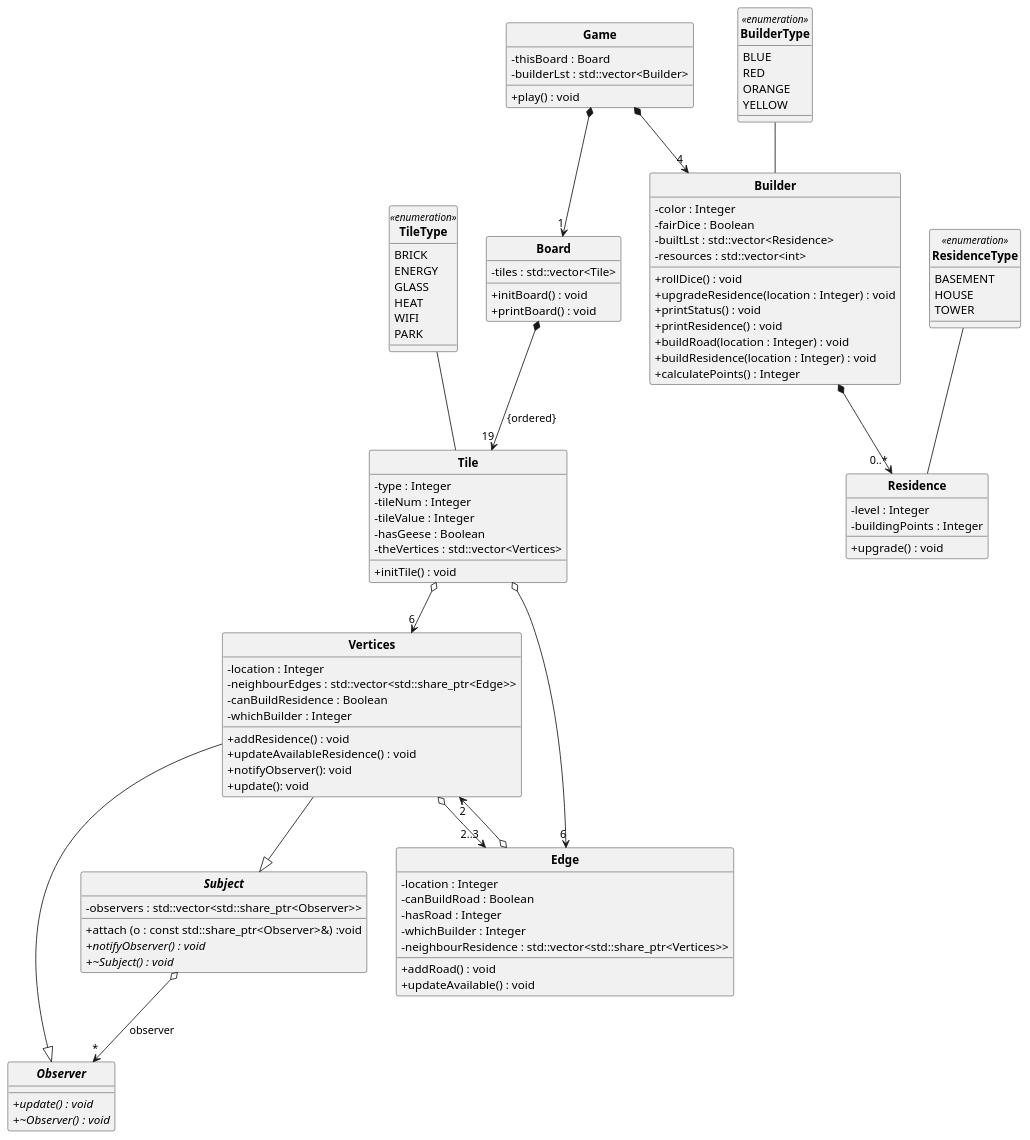
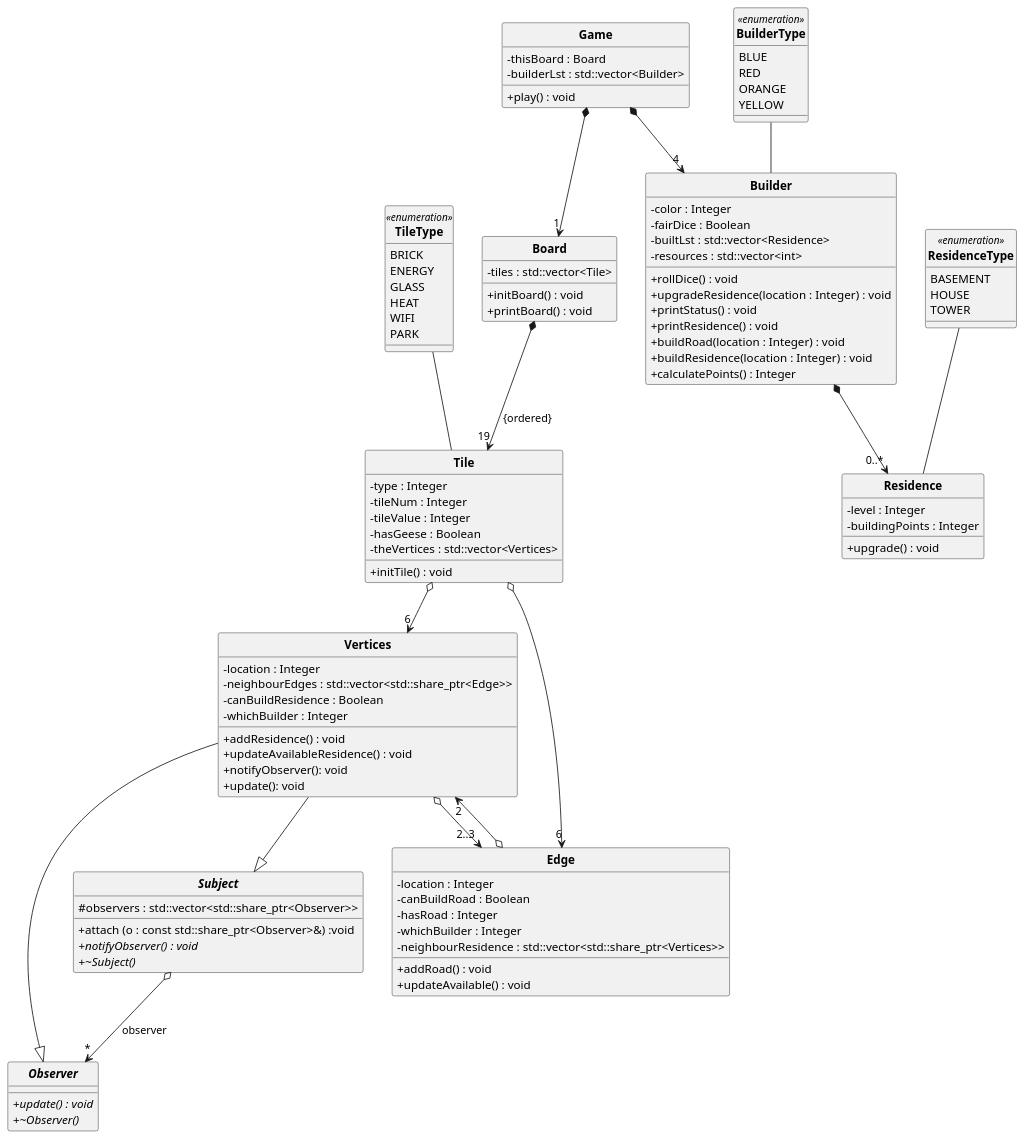
The diagram in UML.wsd (Charles-Shang/constructor), drawn with PlantUML before and after one commit. The commit also changed 6 other files, not shown here.

Commit message:
update uml

```diff
--- a/UML.wsd
+++ b/UML.wsd
@@ -1,117 +1,117 @@
 @startuml CS246 Final Project UML ddl#1
 skinparam style strictuml
 skinparam SequenceMessageAlignment center
 skinparam classAttributeIconSize 0
 
 class "**Board**"  {
     -tiles : std::vector<Tile>
     +initBoard() : void 
     +printBoard() : void 
 } 
 
 enum "**TileType**" << enumeration >> {
     BRICK 
     ENERGY 
     GLASS 
     HEAT 
     WIFI 
     PARK
 }
 
 class "**Tile**" {
     - type : Integer
     - tileNum : Integer
     - tileValue : Integer
     - hasGeese : Boolean
     - theVertices : std::vector<Vertices>
     + initTile() : void
 } 
 
 abstract class "**Observer**" {
     + {abstract} update() : void
-    + {abstract} ~Observer() : void
+    + {abstract} ~Observer() 
 }
 
 abstract class "**Subject**" {
-    - observers : std::vector<std::share_ptr<Observer>>
+    # observers : std::vector<std::share_ptr<Observer>>
     + attach (o : const std::share_ptr<Observer>&) :void
     + {abstract} notifyObserver() : void
-    + {abstract} ~Subject() : void
+    + {abstract} ~Subject()
 }
 
 class "**Vertices**" {
     - location : Integer
     - neighbourEdges : std::vector<std::share_ptr<Edge>> 
     - canBuildResidence : Boolean
     - whichBuilder : Integer
     + addResidence() : void 
     + updateAvailableResidence() : void
     + notifyObserver(): void
     + update(): void
 }
 
 class "**Edge**" {
     - location : Integer 
     - canBuildRoad : Boolean
     - hasRoad : Integer 
     - whichBuilder : Integer 
     - neighbourResidence : std::vector<std::share_ptr<Vertices>>
     + addRoad() : void 
     + updateAvailable() : void 
 }
 
 enum "**BuilderType**" << enumeration >> {
     BLUE 
     RED 
     ORANGE 
     YELLOW 
 }
 
 class "**Builder**" {
     - color : Integer 
     - fairDice : Boolean
     - builtLst : std::vector<Residence> 
     - resources : std::vector<int>
     + rollDice() : void 
     + upgradeResidence(location : Integer) : void
     + printStatus() : void 
     + printResidence() : void 
     + buildRoad(location : Integer) : void
     + buildResidence(location : Integer) : void
     + calculatePoints() : Integer 
 }
 
 enum "**ResidenceType**" << enumeration >> {
     BASEMENT 
     HOUSE
     TOWER  
 }
 
 class "**Residence**" {
     - level : Integer 
     - buildingPoints : Integer 
     + upgrade() : void 
 }
 
 class "**Game**" {
     - thisBoard : Board 
     - builderLst : std::vector<Builder>
     + play() : void 
 }
 
 "**Game**" *--> "1" "**Board**"
 "**Subject**" o--> "*" "**Observer**" : "observer"
 "**Vertices**" --|> "**Subject**"
 "**Vertices**" --|> "**Observer**"
 "**Vertices**" o--> "2..3" "**Edge**" 
 "**Edge**" o--> "2" "**Vertices**"
 "**Game**" *--> "4" "**Builder**"
 "**Board**" *--> "19" "**Tile**" : {ordered}
 "**Tile**" o--> "6" "**Edge**"
 "**Tile**" o--> "6" "**Vertices**"
 "**Builder**" *--> "0..*" "**Residence**"
 "**BuilderType**" -- "**Builder**"
 "**TileType**" -- "**Tile**"
 "**ResidenceType**" -- "**Residence**"
 
 @enduml
```
